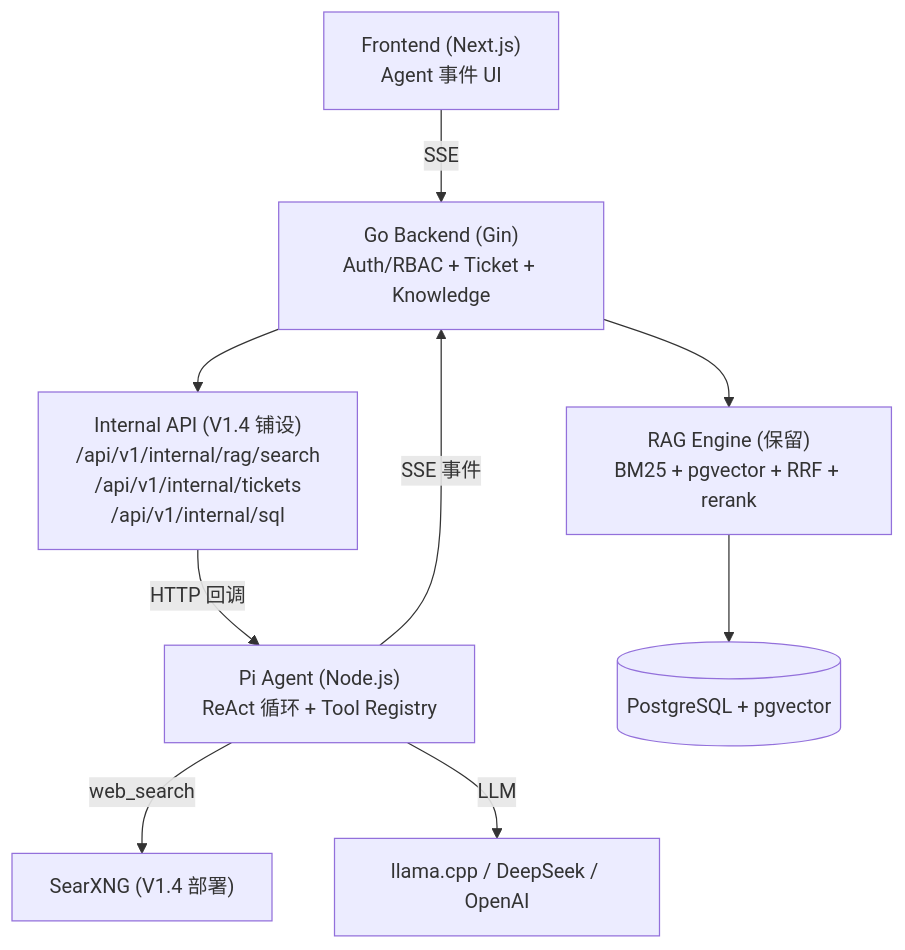
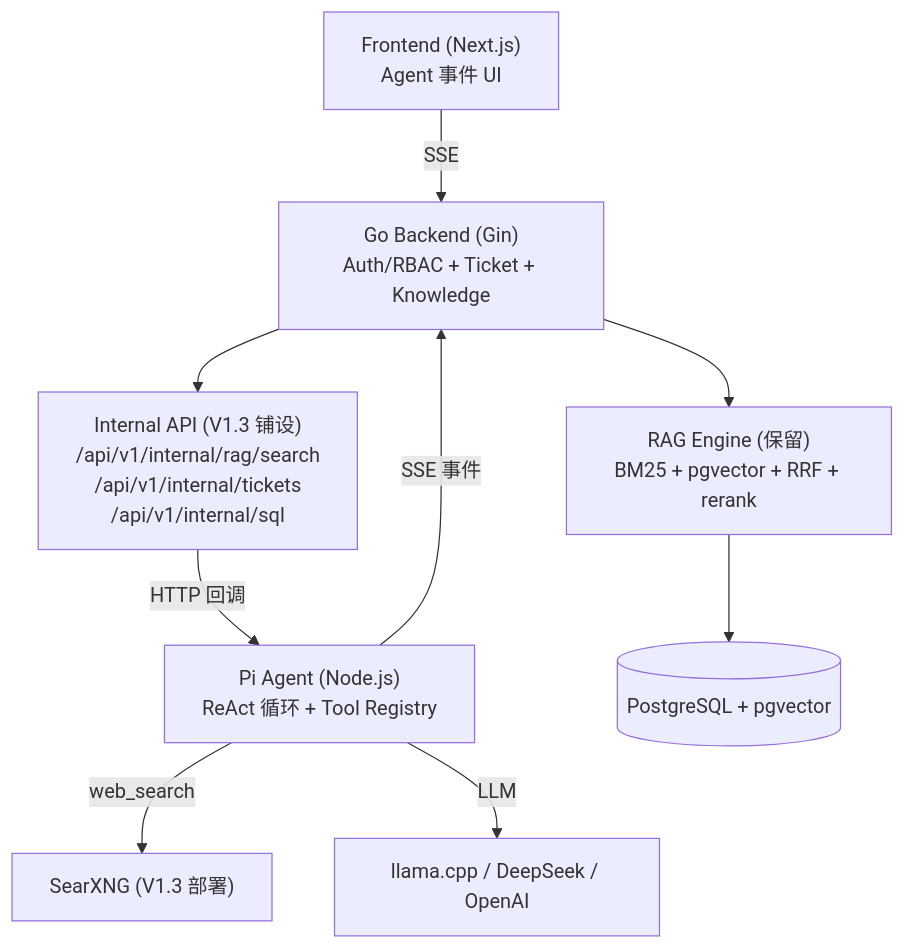
One commit to int2t05/Cognik changed the seventh of 8 diagrams in docs/ROADMAP.md. Above: the diagram before and after it, drawn with Mermaid. The commit also changed other lines of this file, not shown here.

First line of the commit message:
docs(roadmap): 版本线调整 — V1.3 提升为 Agent 基座

````diff
--- a/docs/ROADMAP.md
+++ b/docs/ROADMAP.md
@@ -361,12 +314,12 @@
 ```mermaid
 flowchart TB
     FE["Frontend (Next.js)<br/>Agent 事件 UI"]
     FE -->|"SSE"| GO["Go Backend (Gin)<br/>Auth/RBAC + Ticket + Knowledge"]
     GO --> RAG["RAG Engine (保留)<br/>BM25 + pgvector + RRF + rerank"]
-    GO --> IA["Internal API (V1.4 铺设)<br/>/api/v1/internal/rag/search<br/>/api/v1/internal/tickets<br/>/api/v1/internal/sql"]
+    GO --> IA["Internal API (V1.3 铺设)<br/>/api/v1/internal/rag/search<br/>/api/v1/internal/tickets<br/>/api/v1/internal/sql"]
     IA -->|"HTTP 回调"| PI["Pi Agent (Node.js)<br/>ReAct 循环 + Tool Registry"]
-    PI -->|"web_search"| SX["SearXNG (V1.4 部署)"]
+    PI -->|"web_search"| SX["SearXNG (V1.3 部署)"]
     PI -->|"LLM"| LLM["llama.cpp / DeepSeek / OpenAI"]
     PI -->|"SSE 事件"| GO
     RAG --> PG[("PostgreSQL + pgvector")]
 ```
````
